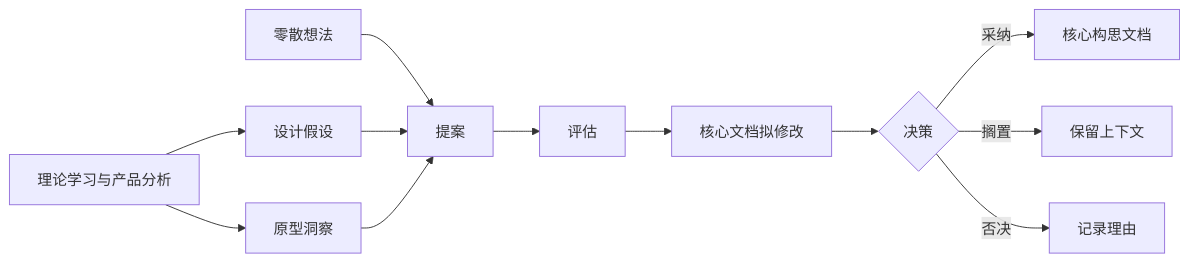
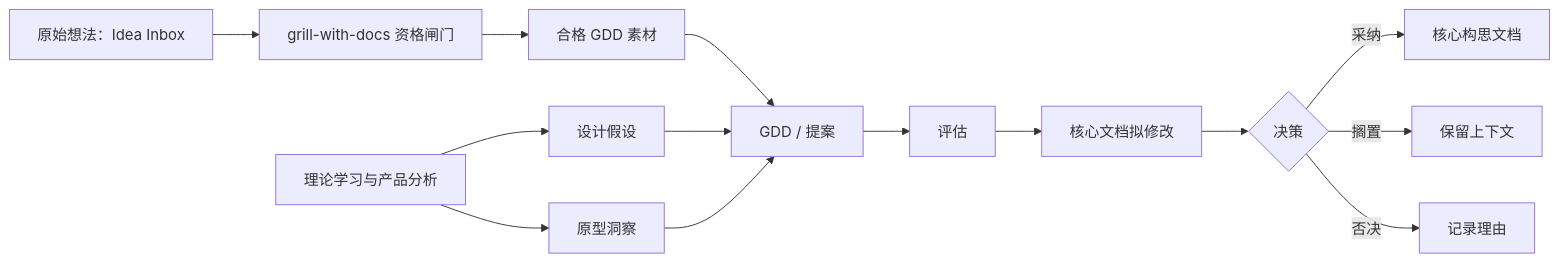
Before and after one commit to dsaj4/game_design: the diagram in README.md, drawn with Mermaid. The commit also changed other lines of this file and 15 other files, not shown here.

````diff
--- a/README.md
+++ b/README.md
@@ -38,15 +40,17 @@
 ```mermaid
 flowchart LR
-    A[零散想法] --> B[提案]
+    A["原始想法：Idea Inbox"] --> Q["grill-with-docs 资格闸门"]
+    Q --> M["合格 GDD 素材"]
+    M --> B["GDD / 提案"]
     B --> C[评估]
     C --> D[核心文档拟修改]
     D --> E{决策}
     E -->|采纳| F[核心构思文档]
     E -->|搁置| G[保留上下文]
     E -->|否决| H[记录理由]
 
     I[理论学习与产品分析] --> J[设计假设]
     J --> B
     I --> K[原型洞察]
     K --> B
 ```
````
